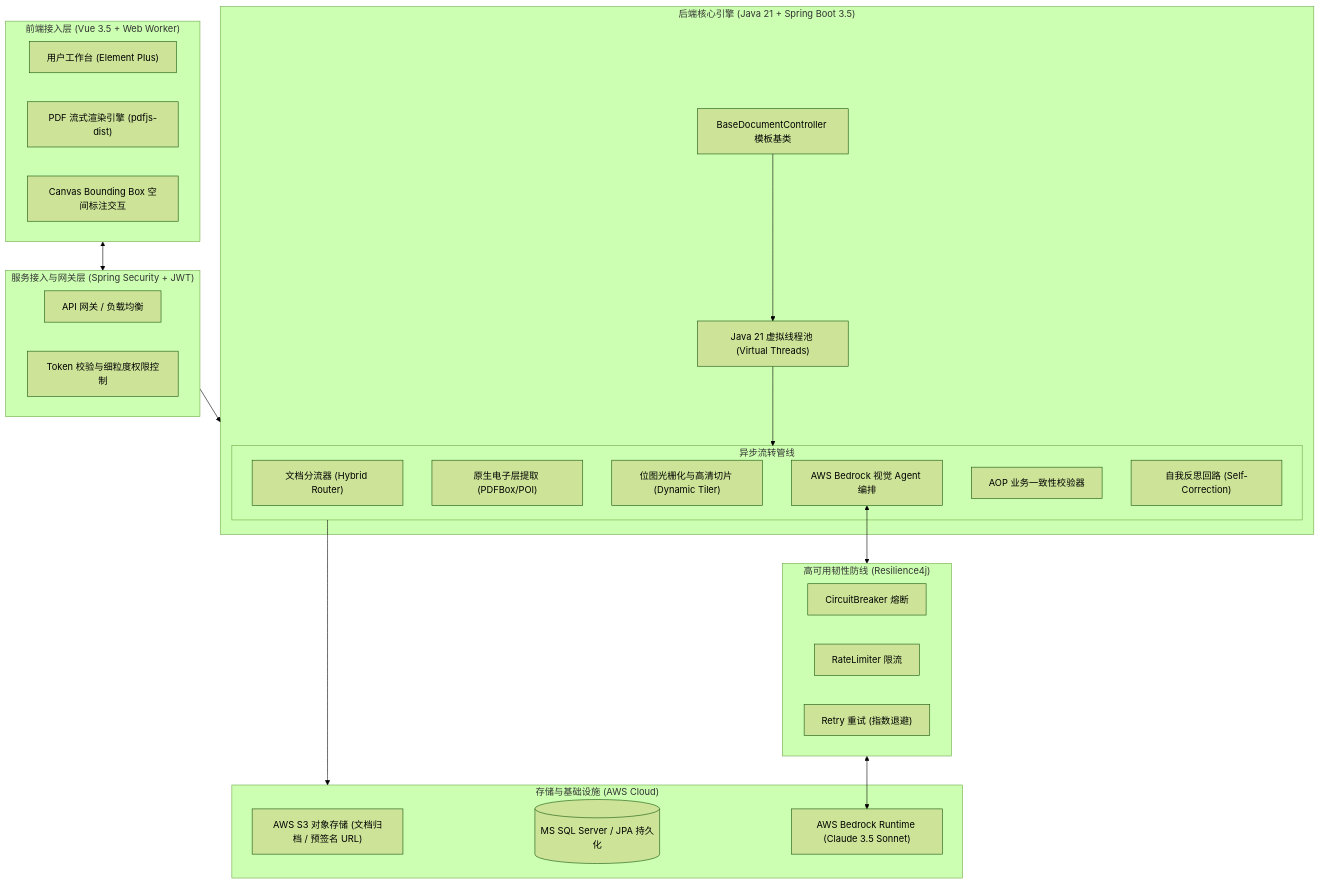
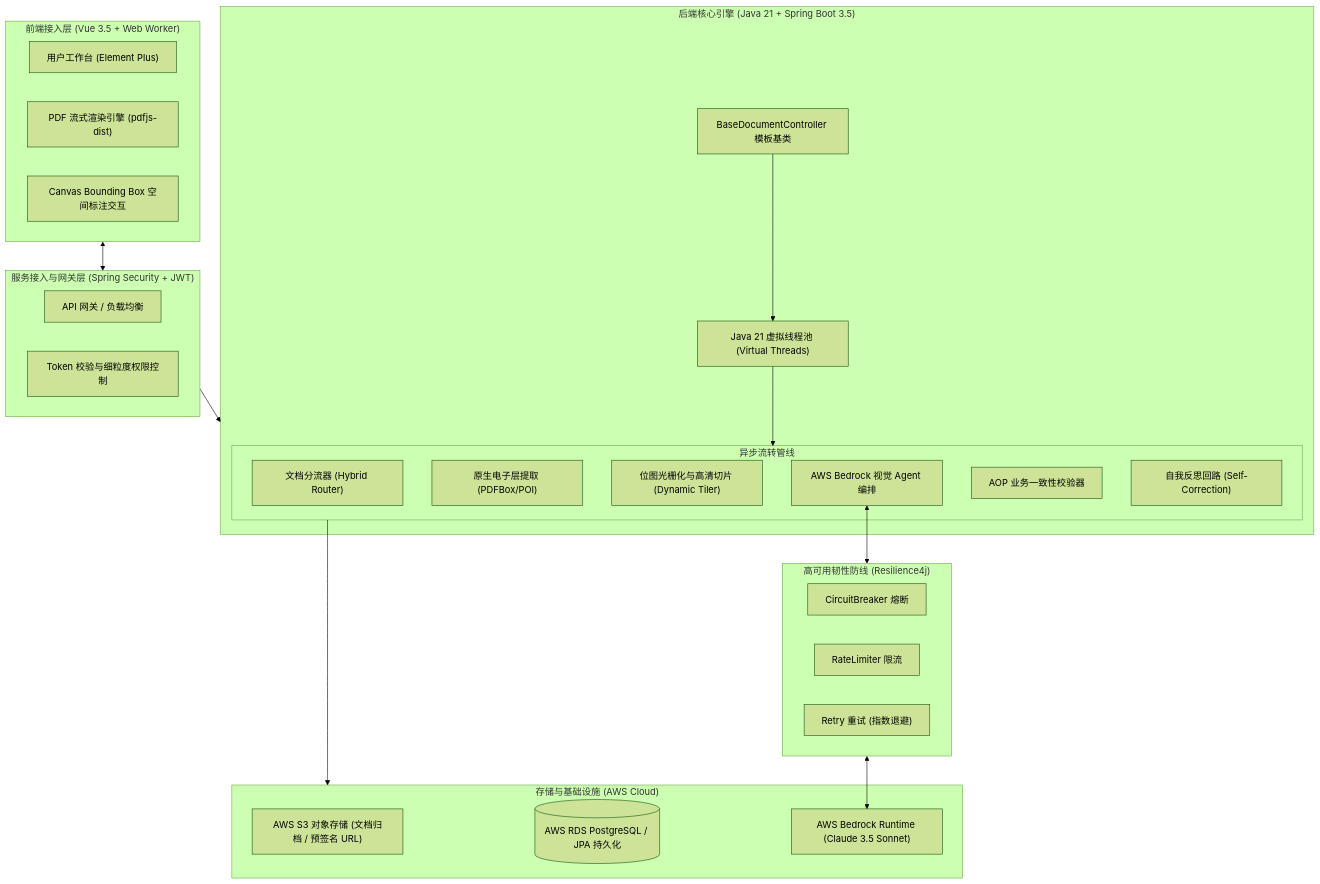
Before and after one commit to xyfu66/BlogWeb: the second of 4 diagrams in source/blog-web/src/posts/series/enterprise-ai-ocr/enterprise-ai-ocr-part-1-architecture-java21.md, drawn with Mermaid (forest theme).

Commit message:
fix: 与现实对齐1

````diff
--- a/source/blog-web/src/posts/series/enterprise-ai-ocr/enterprise-ai-ocr-part-1-architecture-java21.md
+++ b/source/blog-web/src/posts/series/enterprise-ai-ocr/enterprise-ai-ocr-part-1-architecture-java21.md
@@ -60,47 +60,47 @@
 ```mermaid
 flowchart TD
     subgraph ClientLayer["前端接入层 (Vue 3.5 + Web Worker)"]
         UI["用户工作台 (Element Plus)"]
         PDFViewer["PDF 流式渲染引擎 (pdfjs-dist)"]
         CanvasLayer["Canvas Bounding Box 空间标注交互"]
     end
 
     subgraph GatewayLayer["服务接入与网关层 (Spring Security + JWT)"]
         Gateway["API 网关 / 负载均衡"]
         AuthFilter["Token 校验与细粒度权限控制"]
     end
 
     subgraph CoreEngine["后端核心引擎 (Java 21 + Spring Boot 3.5)"]
         DocController["BaseDocumentController 模板基类"]
         VirtualThreadPool["Java 21 虚拟线程池 (Virtual Threads)"]
         
         subgraph Pipeline["异步流转管线"]
             Router["文档分流器 (Hybrid Router)"]
             DoclingParser["原生电子层提取 (PDFBox/POI)"]
             VisionTiler["位图光栅化与高清切片 (Dynamic Tiler)"]
             AgentHub["AWS Bedrock 视觉 Agent 编排"]
             RuleEngine["AOP 业务一致性校验器"]
             ReflectionLoop["自我反思回路 (Self-Correction)"]
         end
     end
 
     subgraph Resilience["高可用韧性防线 (Resilience4j)"]
         CB["CircuitBreaker 熔断"]
         RL["RateLimiter 限流"]
         Retry["Retry 重试 (指数退避)"]
     end
 
     subgraph StorageCloud["存储与基础设施 (AWS Cloud)"]
         S3["AWS S3 对象存储 (文档归档 / 预签名 URL)"]
-        DB[(MS SQL Server / JPA 持久化)]
+        DB[(AWS RDS PostgreSQL / JPA 持久化)]
         BedrockService["AWS Bedrock Runtime (Claude 3.5 Sonnet)"]
     end
 
     ClientLayer <--> GatewayLayer
     GatewayLayer --> CoreEngine
     DocController --> VirtualThreadPool
     VirtualThreadPool --> Pipeline
     AgentHub <--> Resilience
     Resilience <--> BedrockService
     Pipeline --> StorageCloud
 ```
````
